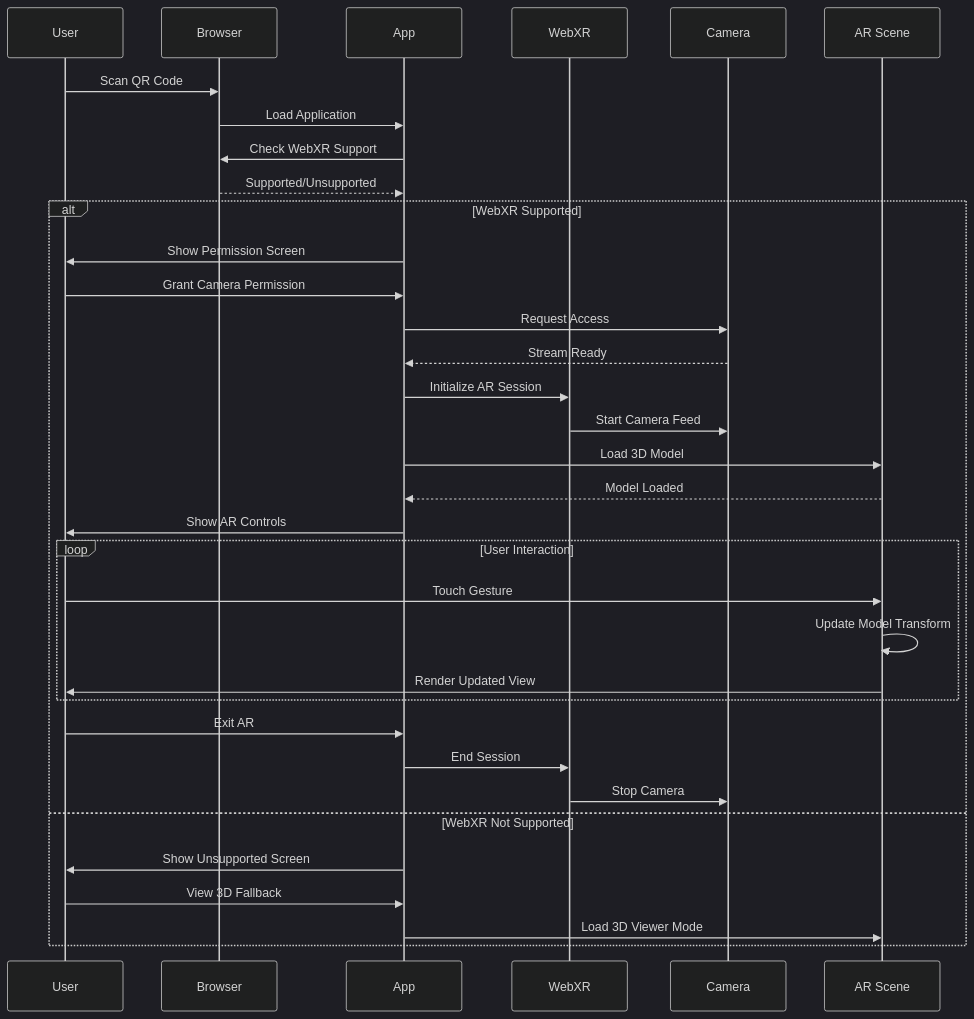
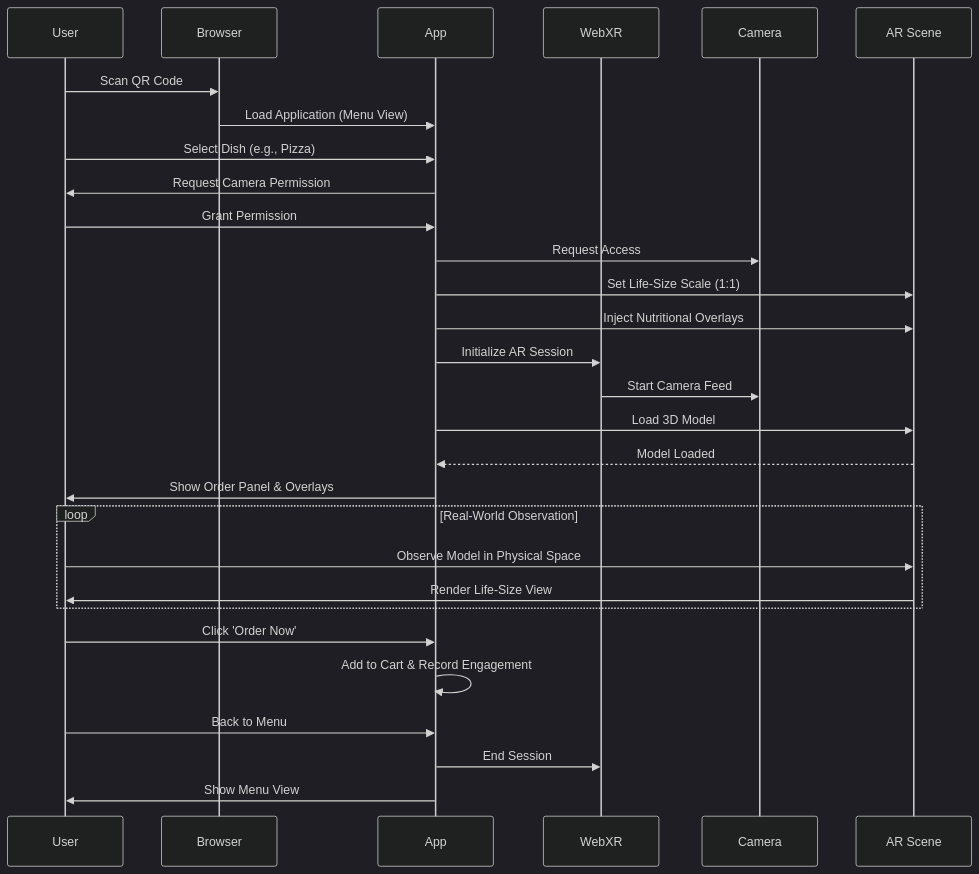
One commit to modassirhusn/WebAR changed the third of 4 diagrams in ARCHITECTURE.md. Above: the diagram before and after it, drawn with Mermaid (dark theme). The commit also changed 11 other files, not shown here.

````diff
--- a/ARCHITECTURE.md
+++ b/ARCHITECTURE.md
@@ -116,43 +116,40 @@
 ```mermaid
 sequenceDiagram
     participant User
     participant Browser
     participant App
     participant WebXR
     participant Camera
     participant AR Scene
     
     User->>Browser: Scan QR Code
-    Browser->>App: Load Application
-    App->>Browser: Check WebXR Support
-    Browser-->>App: Supported/Unsupported
+    Browser->>App: Load Application (Menu View)
     
-    alt WebXR Supported
-        App->>User: Show Permission Screen
-        User->>App: Grant Camera Permission
-        App->>Camera: Request Access
-        Camera-->>App: Stream Ready
-        
-        App->>WebXR: Initialize AR Session
-        WebXR->>Camera: Start Camera Feed
-        
-        App->>AR Scene: Load 3D Model
-        AR Scene-->>App: Model Loaded
-        
-        App->>User: Show AR Controls
-        
-        loop User Interaction
-            User->>AR Scene: Touch Gesture
-            AR Scene->>AR Scene: Update Model Transform
-            AR Scene->>User: Render Updated View
-        end
-        
-        User->>App: Exit AR
-        App->>WebXR: End Session
-        WebXR->>Camera: Stop Camera
-    else WebXR Not Supported
-        App->>User: Show Unsupported Screen
-        User->>App: View 3D Fallback
-        App->>AR Scene: Load 3D Viewer Mode
+    User->>App: Select Dish (e.g., Pizza)
+    App->>User: Request Camera Permission
+    User->>App: Grant Permission
+    App->>Camera: Request Access
+    
+    App->>AR Scene: Set Life-Size Scale (1:1)
+    App->>AR Scene: Inject Nutritional Overlays
+    
+    App->>WebXR: Initialize AR Session
+    WebXR->>Camera: Start Camera Feed
+    
+    App->>AR Scene: Load 3D Model
+    AR Scene-->>App: Model Loaded
+    
+    App->>User: Show Order Panel & Overlays
+    
+    loop Real-World Observation
+        User->>AR Scene: Observe Model in Physical Space
+        AR Scene->>User: Render Life-Size View
     end
+    
+    User->>App: Click 'Order Now'
+    App->>App: Add to Cart & Record Engagement
+    
+    User->>App: Back to Menu
+    App->>WebXR: End Session
+    App->>User: Show Menu View
 ```
````
